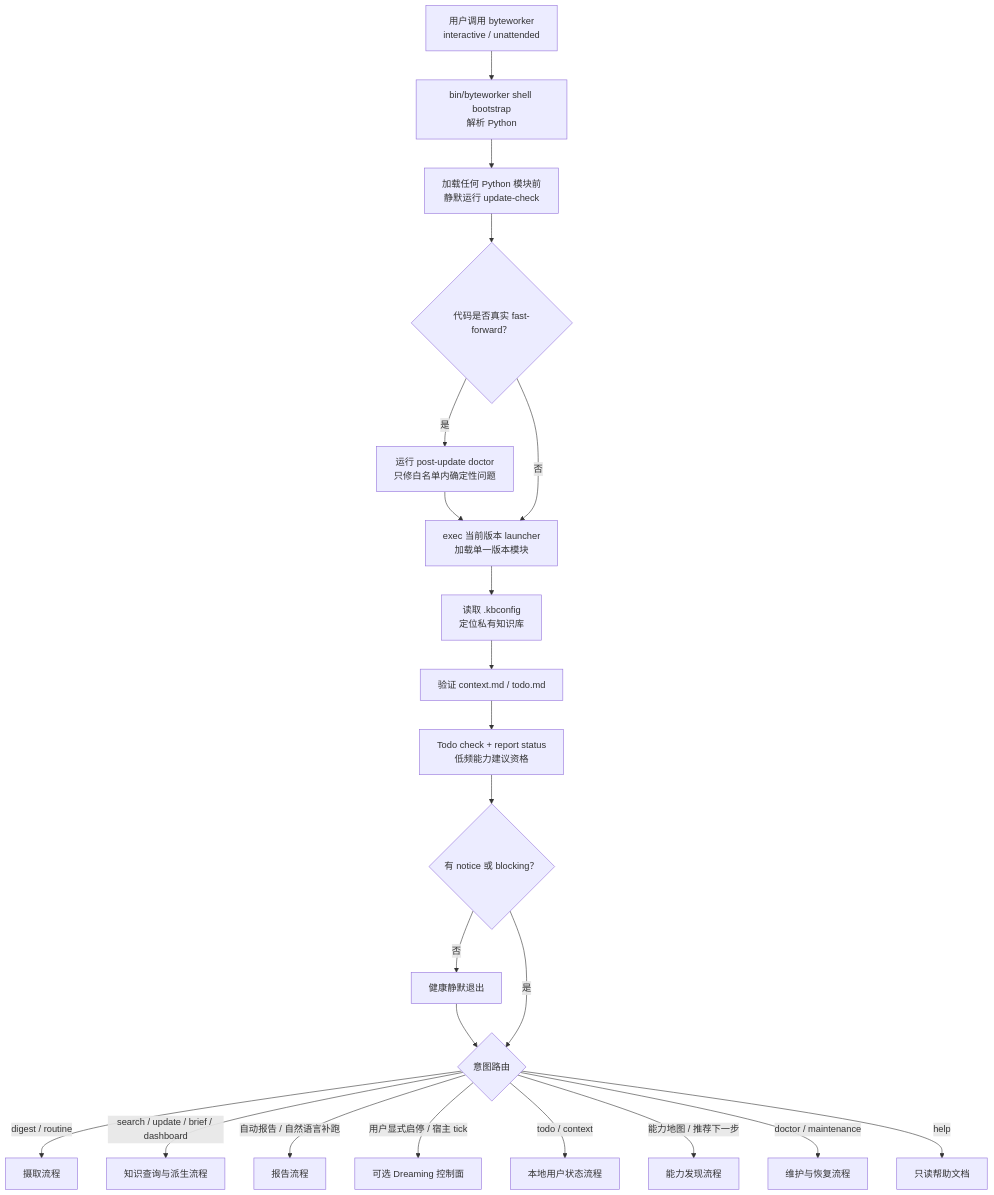
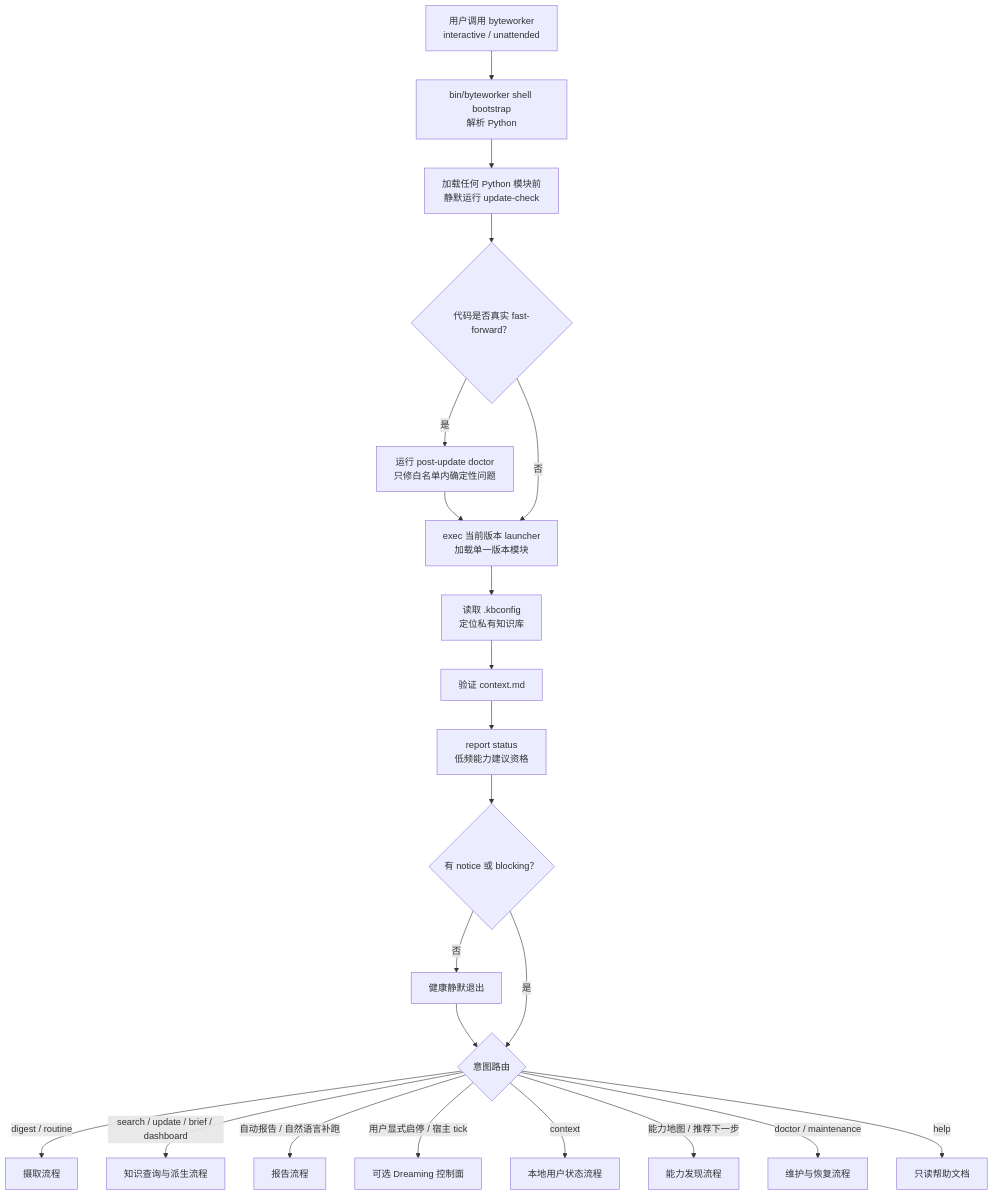
Before and after one commit to ranjiao/byteworker: the fourth of 19 diagrams in docs/development/ARCHITECTURE.md, drawn with Mermaid. The commit also changed other lines of this file and 81 other files, not shown here.

````diff
--- a/docs/development/ARCHITECTURE.md
+++ b/docs/development/ARCHITECTURE.md
@@ -137,32 +137,32 @@
 ```mermaid
 flowchart TD
     I["用户调用 byteworker<br/>interactive / unattended"]
     B["bin/byteworker shell bootstrap<br/>解析 Python"]
     U["加载任何 Python 模块前<br/>静默运行 update-check"]
     G{"代码是否真实 fast-forward？"}
     P["运行 post-update doctor<br/>只修白名单内确定性问题"]
     X["exec 当前版本 launcher<br/>加载单一版本模块"]
     K["读取 .kbconfig<br/>定位私有知识库"]
-    C["验证 context.md / todo.md"]
-    T["Todo check + report status<br/>低频能力建议资格"]
+    C["验证 context.md"]
+    T["report status<br/>低频能力建议资格"]
     N{"有 notice 或 blocking？"}
     Z["健康静默退出"]
     R{"意图路由"}
 
     I --> B --> U --> G
     G -->|"是"| P --> X
     G -->|"否"| X
     X --> K
     K --> C --> T --> N
     N -->|"否"| Z --> R
     N -->|"是"| R
 
     R -->|"digest / routine"| D["摄取流程"]
     R -->|"search / update / brief / dashboard"| Q["知识查询与派生流程"]
     R -->|"自动报告 / 自然语言补跑"| W["报告流程"]
     R -->|"用户显式启停 / 宿主 tick"| DR["可选 Dreaming 控制面"]
-    R -->|"todo / context"| L["本地用户状态流程"]
+    R -->|"context"| L["本地用户状态流程"]
     R -->|"能力地图 / 推荐下一步"| E["能力发现流程"]
     R -->|"doctor / maintenance"| M["维护与恢复流程"]
     R -->|"help"| H["只读帮助文档"]
 ```
````
